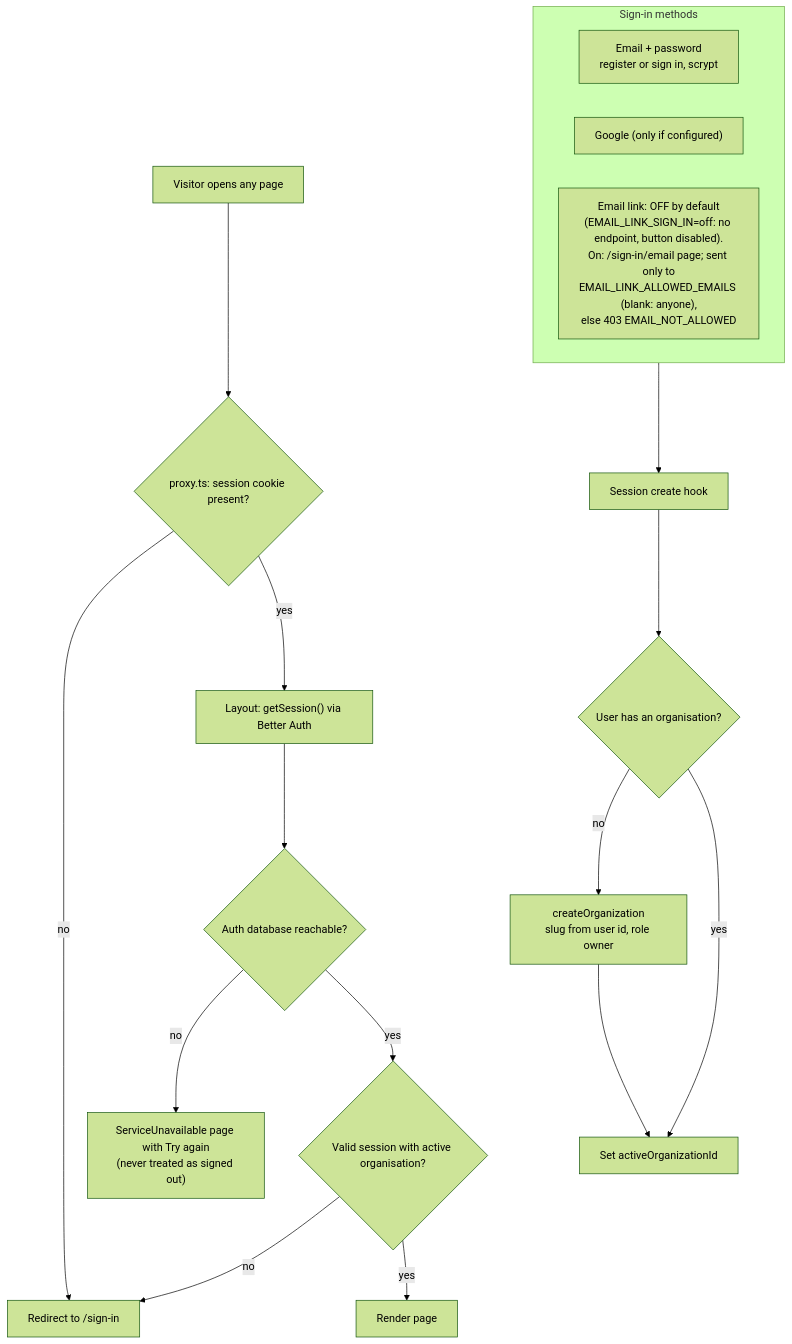
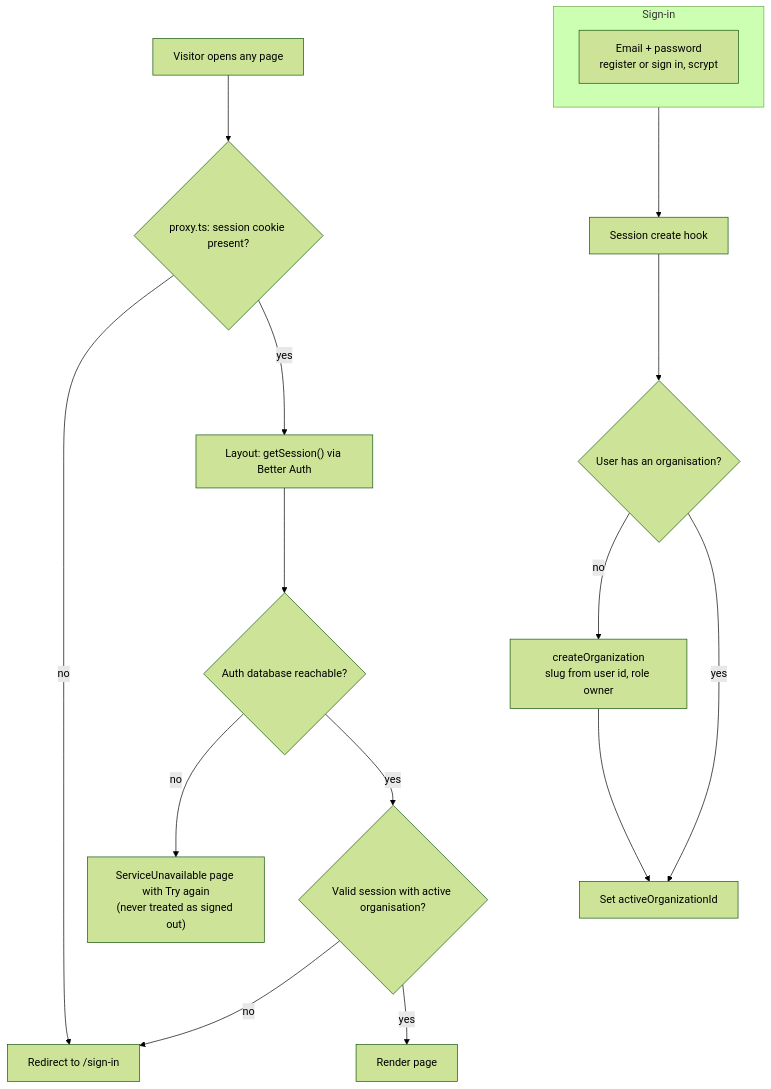
One commit to rupeshghimire7/InsightfullCell changed the third of 32 diagrams in reports/explained_system_flow.md. Above: the diagram before and after it, drawn with Mermaid (forest theme). The commit also changed other lines of this file and 7 other files, not shown here.

````diff
--- a/reports/explained_system_flow.md
+++ b/reports/explained_system_flow.md
@@ -157,22 +161,20 @@
 ```mermaid
 flowchart TD
     A["Visitor opens any page"] --> P{"proxy.ts: session cookie present?"}
     P -- no --> R["Redirect to /sign-in"]
     P -- yes --> L["Layout: getSession() via Better Auth"]
     L --> Q{"Auth database reachable?"}
     Q -- no --> U["ServiceUnavailable page with Try again<br/>(never treated as signed out)"]
     Q -- yes --> V{"Valid session with active organisation?"}
     V -- no --> R
     V -- yes --> OK["Render page"]
 
-    subgraph SignIn["Sign-in methods"]
+    subgraph SignIn["Sign-in"]
         M1["Email + password<br/>register or sign in, scrypt"]
-        M3["Google (only if configured)"]
-        M2["Email link: OFF by default<br/>(EMAIL_LINK_SIGN_IN=off: no endpoint, button disabled).<br/>On: /sign-in/email page; sent only to<br/>EMAIL_LINK_ALLOWED_EMAILS (blank: anyone),<br/>else 403 EMAIL_NOT_ALLOWED"]
     end
     SignIn --> H["Session create hook"]
     H --> E{"User has an organisation?"}
     E -- no --> C["createOrganization<br/>slug from user id, role owner"]
     E -- yes --> S["Set activeOrganizationId"]
     C --> S
 ```
````
